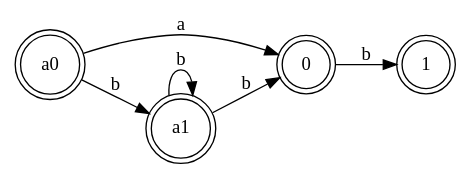
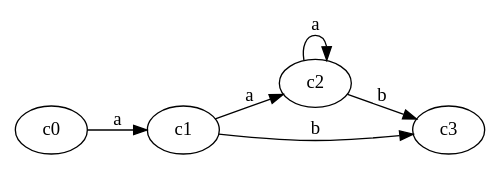
The diagram in process.gv (rsmith1220/Lab_B), drawn with Graphviz before and after one commit. The commit also changed 15 other files, not shown here.

```diff
--- a/process.gv
+++ b/process.gv
@@ -1,9 +1,8 @@
 digraph finite_state_machine {
 	rankdir=LR size="8,5"
-	node [shape=doublecircle]
-	a0 -> 0 [label=a]
-	0 -> 1 [label=b]
-	a0 -> a1 [label=b]
-	a1 -> a1 [label=b]
-	a1 -> 0 [label=b]
+	c0 -> c1 [label=a]
+	c1 -> c2 [label=a]
+	c1 -> c3 [label=b]
+	c2 -> c2 [label=a]
+	c2 -> c3 [label=b]
 }
```
